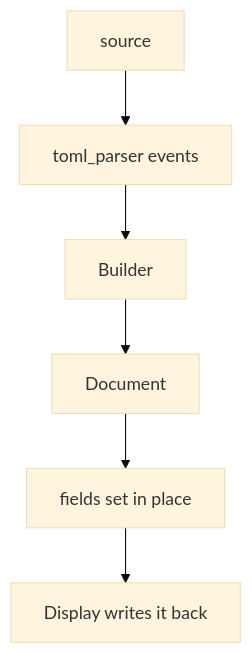
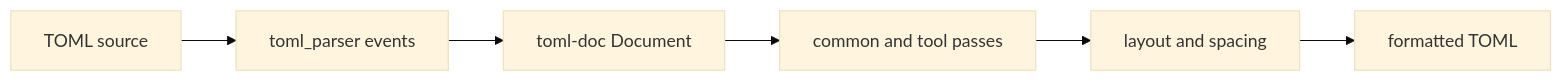
Before and after one commit to tox-dev/toml-fmt: the diagram in CONTRIBUTING.md, drawn with Mermaid (base theme). The commit also changed other lines of this file and 136 other files, not shown here.

````diff
--- a/CONTRIBUTING.md
+++ b/CONTRIBUTING.md
@@ -194,8 +66,8 @@
 ```mermaid
-graph TD
-    A[source] --> B[toml_parser events]
-    B --> C[Builder]
-    C --> D[Document]
-    D --> E[fields set in place]
-    E --> F[Display writes it back]
+flowchart LR
+    source[TOML source] --> parser[toml_parser events]
+    parser --> document[toml-doc Document]
+    document --> passes[common and tool passes]
+    passes --> layout[layout and spacing]
+    layout --> output[formatted TOML]
 ```
````
